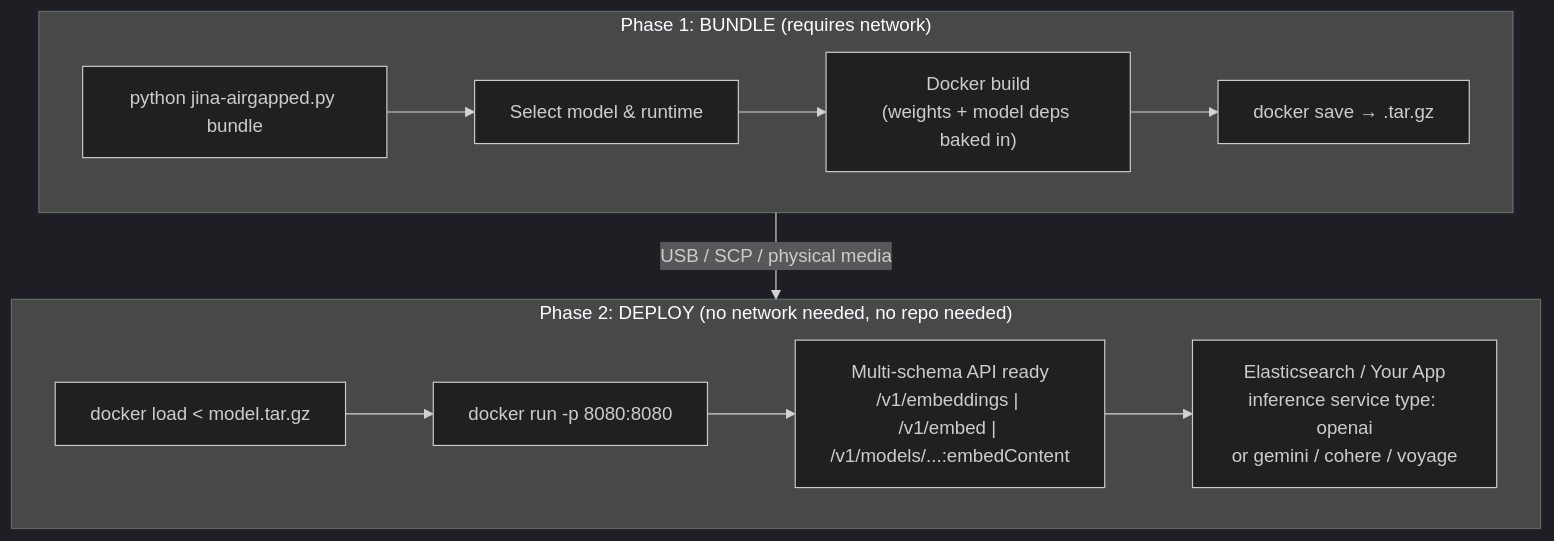
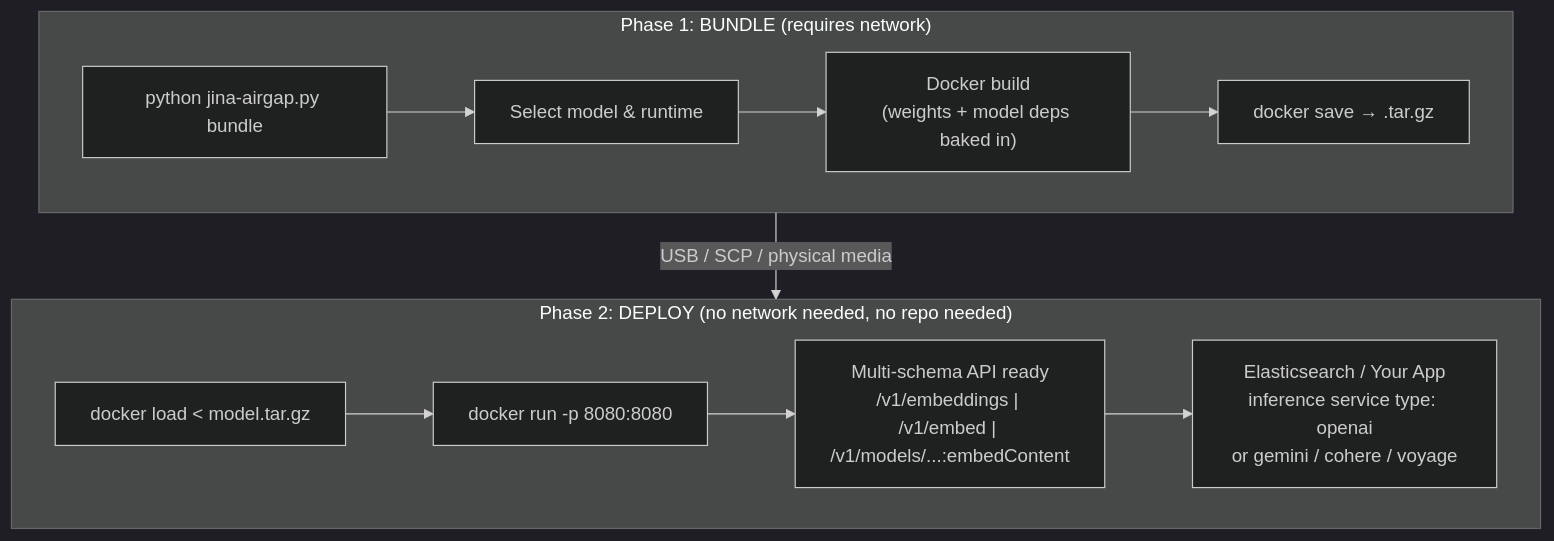
Before and after one commit to jina-ai/jina-on-prem: the diagram in README.md, drawn with Mermaid (dark theme). The commit also changed other lines of this file and 3 other files, not shown here.

Commit message:
rename to jina-airgap

````diff
--- a/README.md
+++ b/README.md
@@ -5,16 +5,16 @@
 ```mermaid
 flowchart TB
     subgraph Phase1["Phase 1: BUNDLE (requires network)"]
-        A["python jina-airgapped.py bundle"] --> B["Select model & runtime"]
+        A["python jina-airgap.py bundle"] --> B["Select model & runtime"]
         B --> C["Docker build\n(weights + model deps baked in)"]
         C --> D["docker save → .tar.gz"]
     end
 
     Phase1 -->|"USB / SCP / physical media"| Phase2
 
     subgraph Phase2["Phase 2: DEPLOY (no network needed, no repo needed)"]
         E["docker load < model.tar.gz"] --> F["docker run -p 8080:8080"]
         F --> G["Multi-schema API ready\n/v1/embeddings | /v1/embed | /v1/models/...:embedContent"]
         G --> H["Elasticsearch / Your App\ninference service type: openai\nor gemini / cohere / voyage"]
     end
 ```
````
